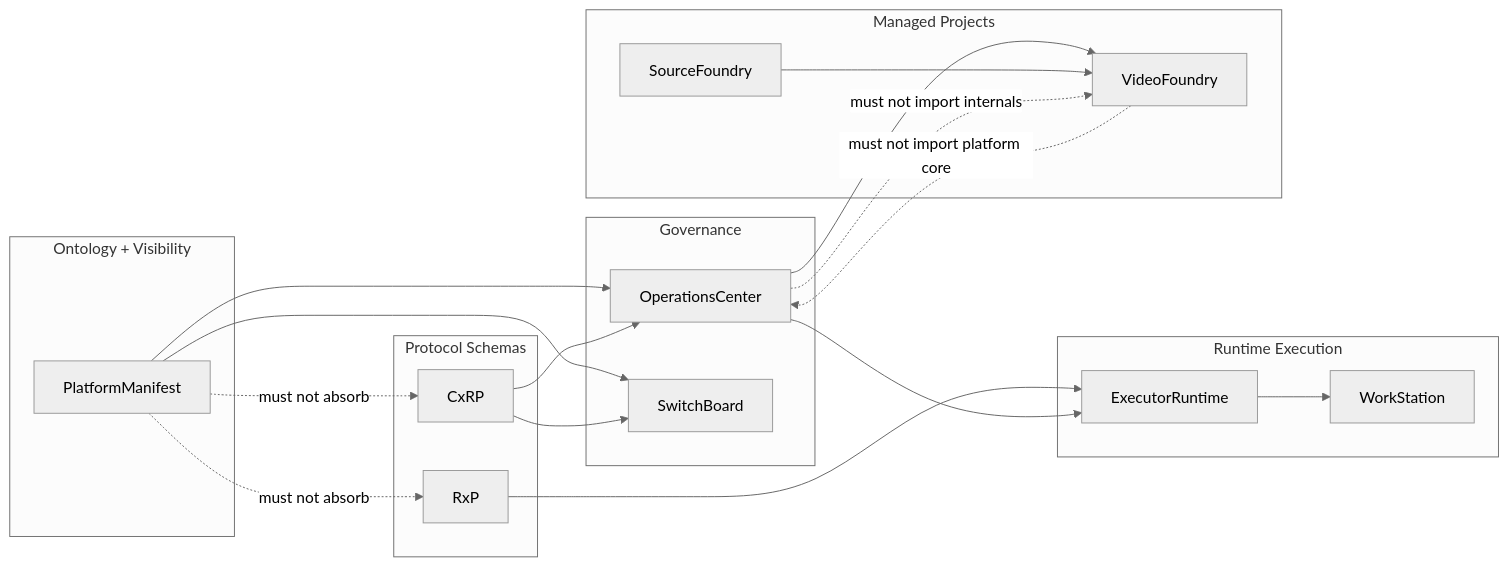
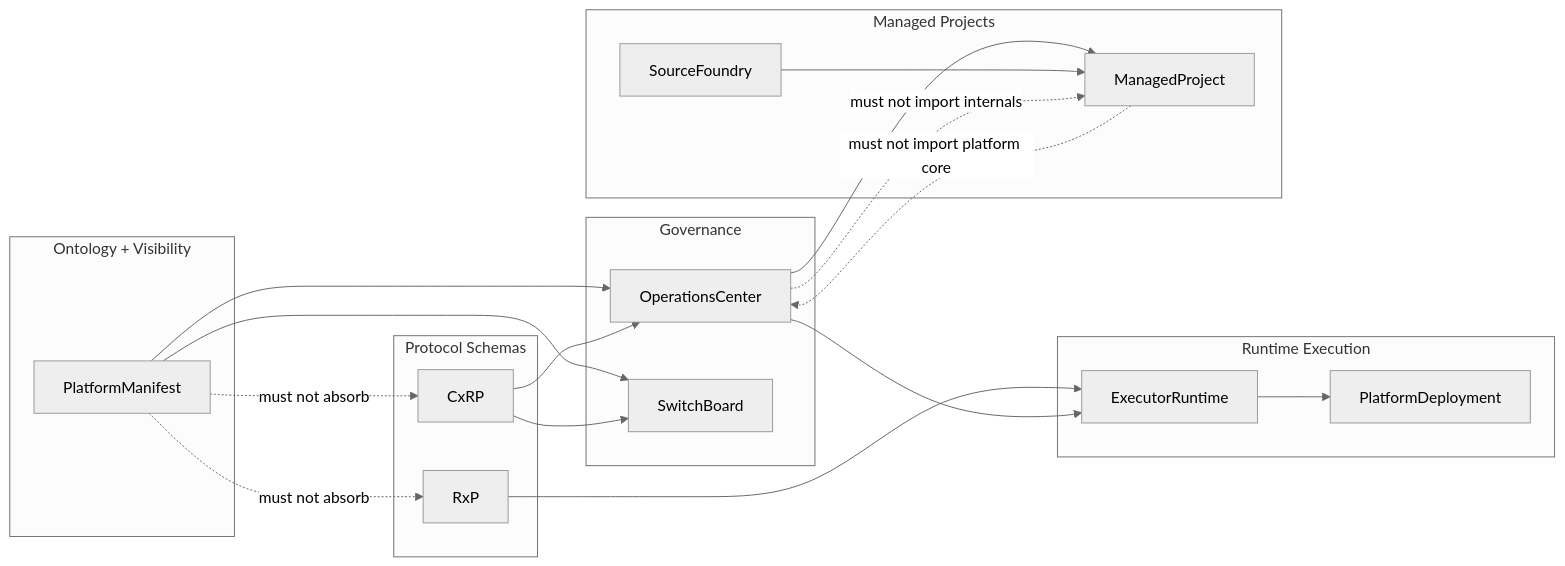
Before and after one commit to ProtocolWarden/PlatformManifest: the diagram in docs/architecture/visibility_boundary.md, drawn with Mermaid (neutral theme). The commit also changed other lines of this file and 41 other files, not shown here.

Commit message:
Adopt RepoGraph for shared graph semantics

````diff
--- a/docs/architecture/visibility_boundary.md
+++ b/docs/architecture/visibility_boundary.md
@@ -76,41 +76,41 @@
 ```mermaid
 graph LR
     subgraph OntologyVisibility[Ontology + Visibility]
         PM[PlatformManifest]
     end
 
     subgraph Protocols[Protocol Schemas]
         CX[CxRP]
         RX[RxP]
     end
 
     subgraph Governance[Governance]
         OC[OperationsCenter]
         SB[SwitchBoard]
     end
 
     subgraph Runtime[Runtime Execution]
         ER[ExecutorRuntime]
-        WS[WorkStation]
+        WS[PlatformDeployment]
     end
 
     subgraph ManagedProjects[Managed Projects]
-        VF[VideoFoundry]
+        MP[ManagedProject]
         SF[SourceFoundry]
     end
 
     PM --> OC
     PM --> SB
     CX --> OC
     CX --> SB
     RX --> ER
     OC --> ER
     ER --> WS
-    OC --> VF
-    SF --> VF
+    OC --> MP
+    SF --> MP
 
-    OC -. must not import internals .-> VF
-    VF -. must not import platform core .-> OC
+    OC -. must not import internals .-> MP
+    MP -. must not import platform core .-> OC
     PM -. must not absorb .-> CX
     PM -. must not absorb .-> RX
 ```
````
